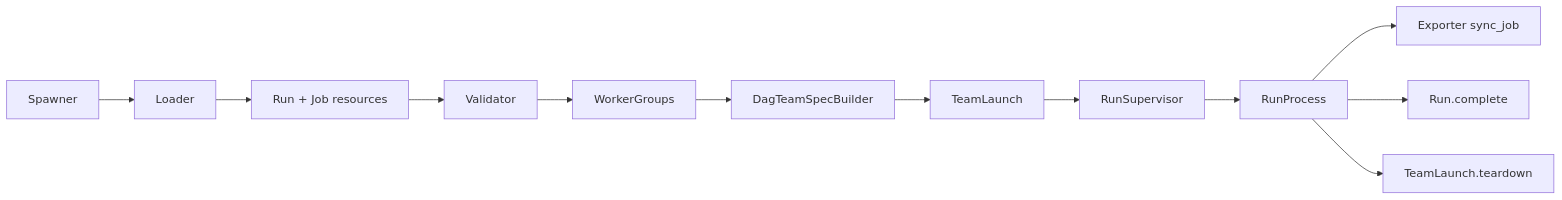
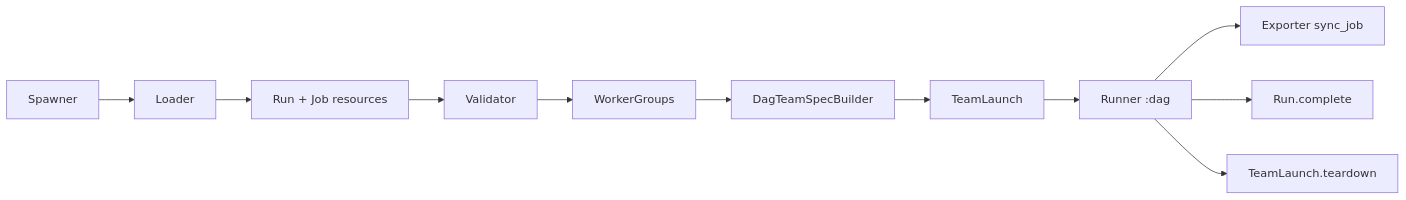
The fifth of 5 diagrams in lib/ichor/ARCHITECTURE.md (architects-of-type-IV/agent-observatory), drawn with Mermaid before and after one commit. The commit also changed other lines of this file and 17 other files, not shown here.

````diff
--- a/lib/ichor/ARCHITECTURE.md
+++ b/lib/ichor/ARCHITECTURE.md
@@ -308,14 +301,13 @@
 ```mermaid
 flowchart LR
   A[Spawner] --> B[Loader]
   B --> C[Run + Job resources]
   C --> D[Validator]
   D --> E[WorkerGroups]
   E --> F[DagTeamSpecBuilder]
   F --> G[TeamLaunch]
-  G --> H[RunSupervisor]
-  H --> I[RunProcess]
-  I --> J[Exporter sync_job]
-  I --> K[Run.complete]
-  I --> L[TeamLaunch.teardown]
+  G --> H[Runner :dag]
+  H --> I[Exporter sync_job]
+  H --> J[Run.complete]
+  H --> K[TeamLaunch.teardown]
 ```
````
